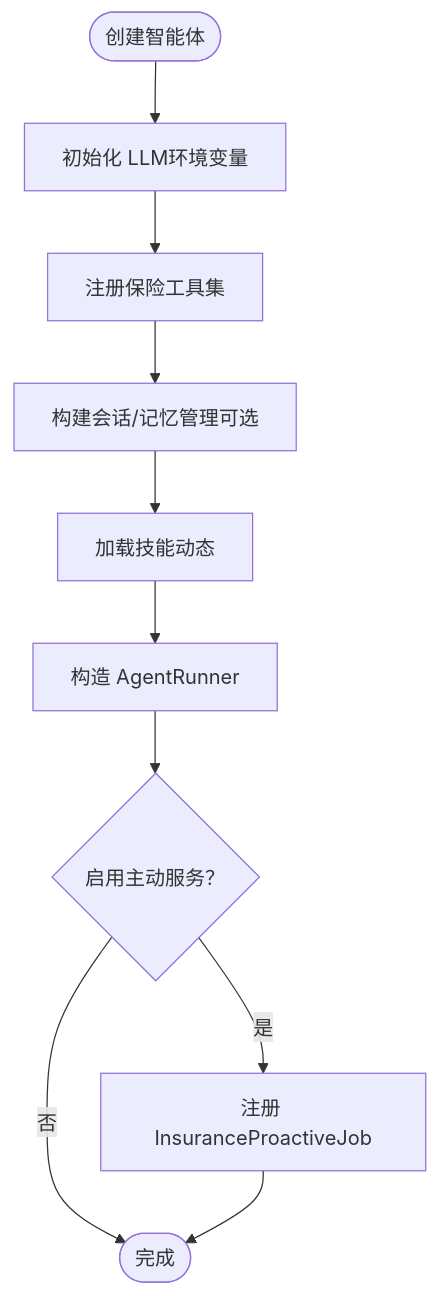
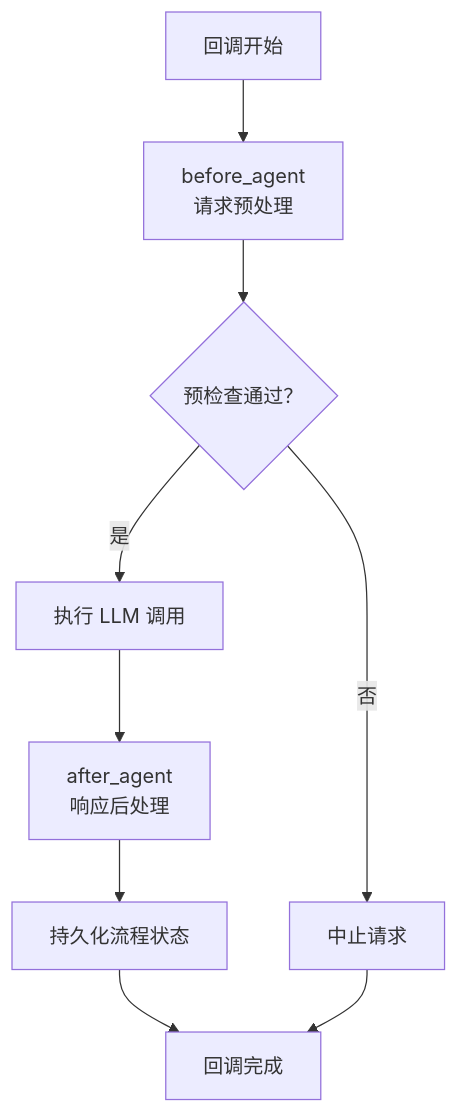
The fourth of 11 diagrams in repowiki/zh/content/智能体实现/保险智能体/保险智能体.md (YU-JI-KUI/ark-agentic), drawn with Mermaid before and after one commit. The commit also changed other lines of this file and 12 other files, not shown here.

Commit message:
update wiki and insurance skills

````diff
--- a/repowiki/zh/content/智能体实现/保险智能体/保险智能体.md
+++ b/repowiki/zh/content/智能体实现/保险智能体/保险智能体.md
@@ -144,12 +186,11 @@
 ```mermaid
 flowchart TD
-Start(["创建智能体"]) --> InitLLM["初始化 LLM环境变量"]
-InitLLM --> BuildTools["注册保险工具集"]
-BuildTools --> BuildMem["构建会话/记忆管理可选"]
-BuildMem --> BuildSkills["加载技能动态"]
-BuildSkills --> BuildRunner["构造 AgentRunner"]
-BuildRunner --> Proactive{"启用主动服务？"}
-Proactive --> |是| AddJob["注册 InsuranceProactiveJob"]
-Proactive --> |否| End(["完成"])
-AddJob --> End
+CallbackStart["回调开始"] --> BeforeAgent["before_agent<br/>请求预处理"]
+BeforeAgent --> PreChecks{"预检查通过？"}
+PreChecks --> |是| ExecuteLLM["执行 LLM 调用"]
+PreChecks --> |否| AbortRequest["中止请求"]
+ExecuteLLM --> AfterAgent["after_agent<br/>响应后处理"]
+AfterAgent --> FlowPersist["持久化流程状态"]
+FlowPersist --> Complete["回调完成"]
+AbortRequest --> Complete
 ```
````
